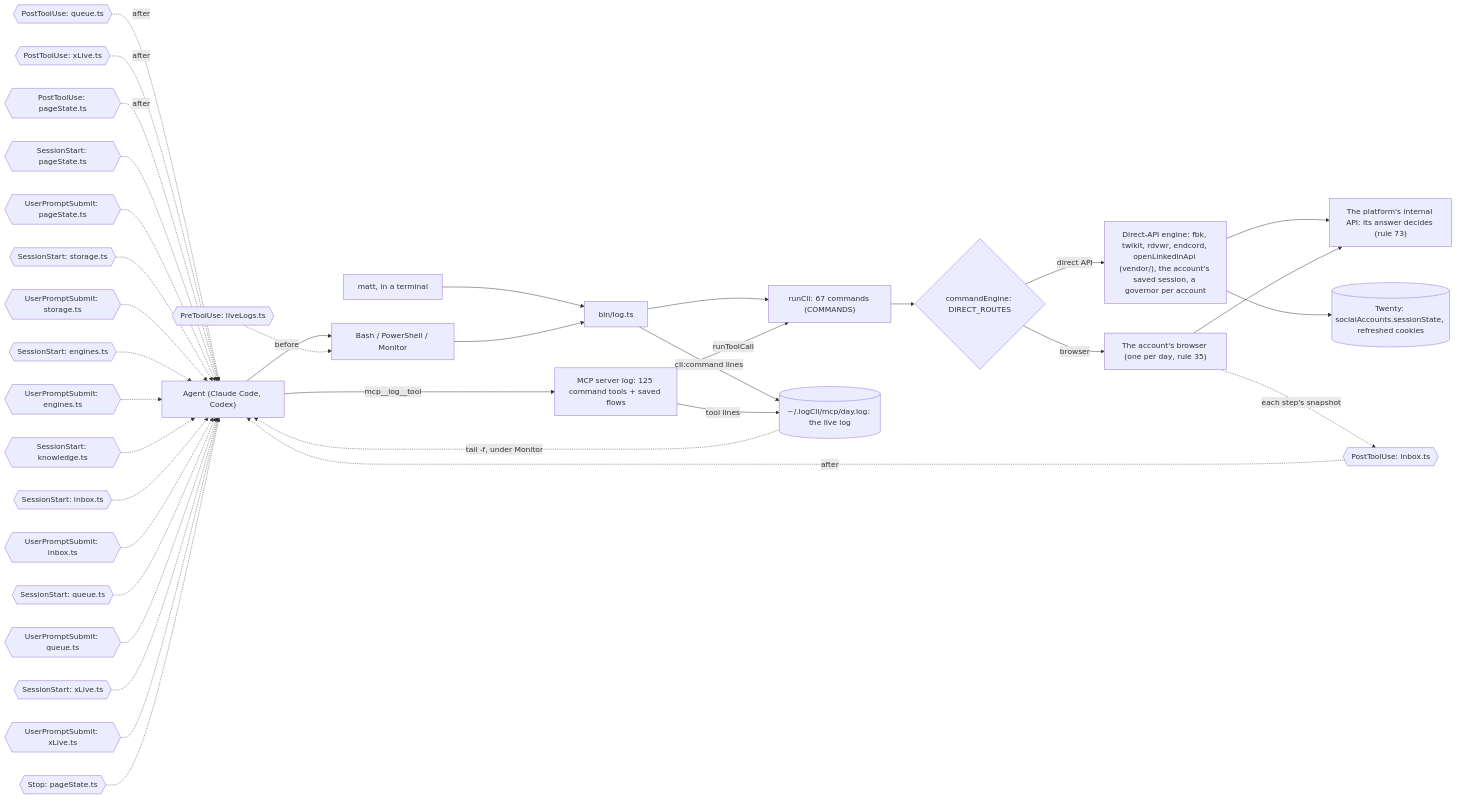
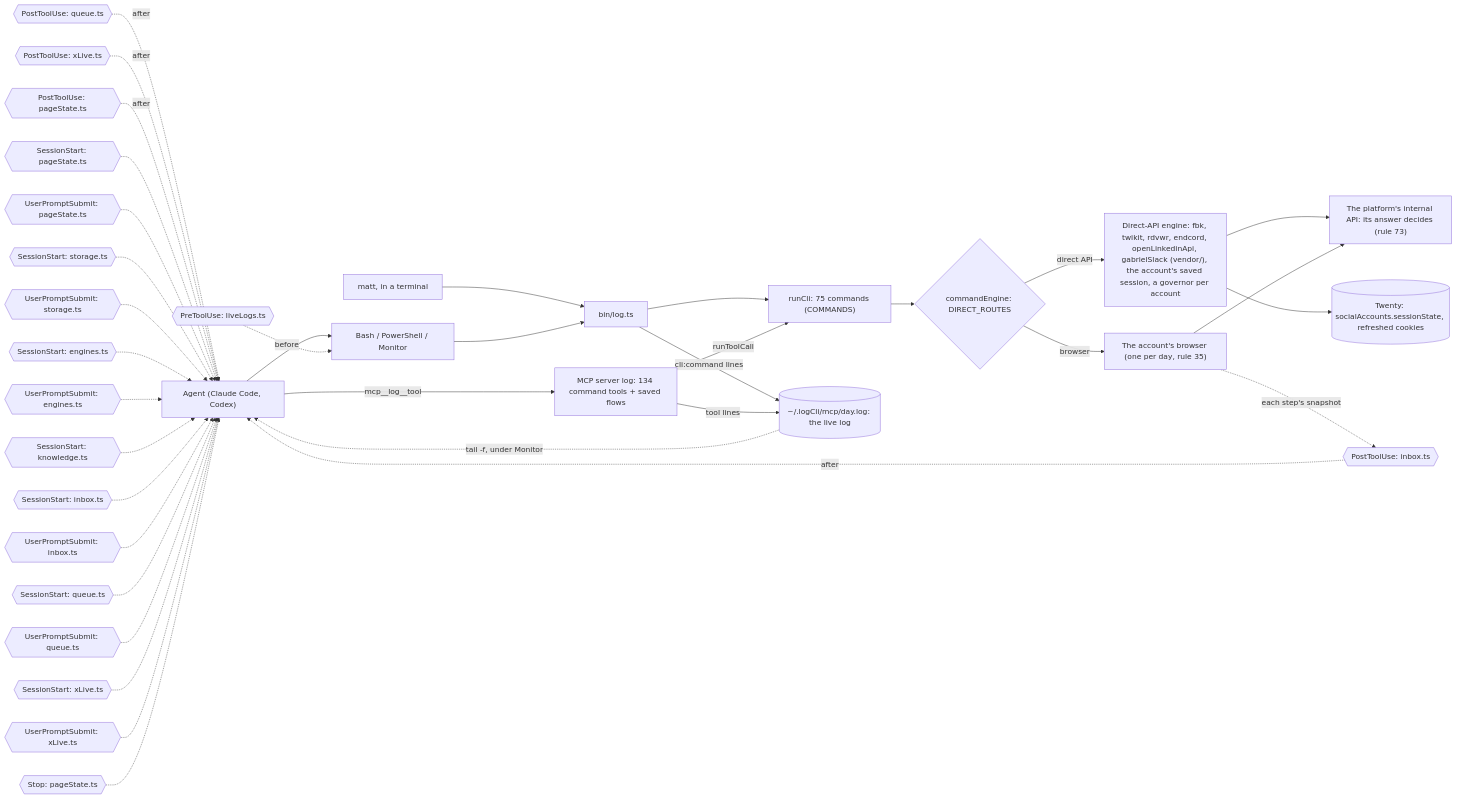
One commit to matthewdonsemail-lab/log changed the diagram in docs/diagrams/surface.mmd. Above: the diagram before and after it, drawn with Mermaid. The commit also changed 180 other files, not shown here.

First line of the commit message:
feat: Slack platform on gabriel-slack, collab maxxing use case, Discord delete, rules 122-124

```diff
--- a/docs/diagrams/surface.mmd
+++ b/docs/diagrams/surface.mmd
@@ -1,50 +1,50 @@
 %% How a call reaches log-cli. From a shell or over MCP, both run the same commands through `runCli`, write the same live log, and pass through the same hooks. `commandEngine` sends each command to the platform's direct API or to the account's browser.
 %% Written by `bun run docs:build` from the code (rule 56). Not edited by hand.
 flowchart LR
   agent["Agent (Claude Code, Codex)"]
   matt["matt, in a terminal"]
   shell["Bash / PowerShell / Monitor"]
-  mcp["MCP server log: 125 command tools + saved flows"]
+  mcp["MCP server log: 134 command tools + saved flows"]
   bin["bin/log.ts"]
-  runCli["runCli: 67 commands (COMMANDS)"]
+  runCli["runCli: 75 commands (COMMANDS)"]
   live[("~/.logCli/mcp/day.log: the live log")]
   engine{"commandEngine: DIRECT_ROUTES"}
-  direct["Direct-API engine: fbk, twikit, rdvwr, endcord, openLinkedinApi (vendor/), the account's saved session, a governor per account"]
+  direct["Direct-API engine: fbk, twikit, rdvwr, endcord, openLinkedinApi, gabrielSlack (vendor/), the account's saved session, a governor per account"]
   browser["The account's browser (one per day, rule 35)"]
   api["The platform's internal API: its answer decides (rule 73)"]
   twenty[("Twenty: socialAccounts.sessionState, refreshed cookies")]
   agent --> shell
   matt --> bin
   shell --> bin
   agent -->|mcp__log__tool| mcp
   bin --> runCli
   mcp -->|runToolCall| runCli
   runCli --> engine
   engine -->|direct API| direct
   engine -->|browser| browser
   direct --> api
   browser --> api
   direct --> twenty
   bin -->|cli:command lines| live
   mcp -->|tool lines| live
   live -.->|tail -f, under Monitor| agent
   pre0{{"PreToolUse: liveLogs.ts"}} -.->|before| shell
   post0{{"PostToolUse: inbox.ts"}} -.->|after| agent
   post1{{"PostToolUse: queue.ts"}} -.->|after| agent
   post2{{"PostToolUse: xLive.ts"}} -.->|after| agent
   post3{{"PostToolUse: pageState.ts"}} -.->|after| agent
   turn0{{"SessionStart: pageState.ts"}} -.-> agent
   turn1{{"UserPromptSubmit: pageState.ts"}} -.-> agent
   turn2{{"SessionStart: storage.ts"}} -.-> agent
   turn3{{"UserPromptSubmit: storage.ts"}} -.-> agent
   turn4{{"SessionStart: engines.ts"}} -.-> agent
   turn5{{"UserPromptSubmit: engines.ts"}} -.-> agent
   turn6{{"SessionStart: knowledge.ts"}} -.-> agent
   turn7{{"SessionStart: inbox.ts"}} -.-> agent
   turn8{{"UserPromptSubmit: inbox.ts"}} -.-> agent
   turn9{{"SessionStart: queue.ts"}} -.-> agent
   turn10{{"UserPromptSubmit: queue.ts"}} -.-> agent
   turn11{{"SessionStart: xLive.ts"}} -.-> agent
   turn12{{"UserPromptSubmit: xLive.ts"}} -.-> agent
   turn13{{"Stop: pageState.ts"}} -.-> agent
   browser -.->|each step's snapshot| post0
```
